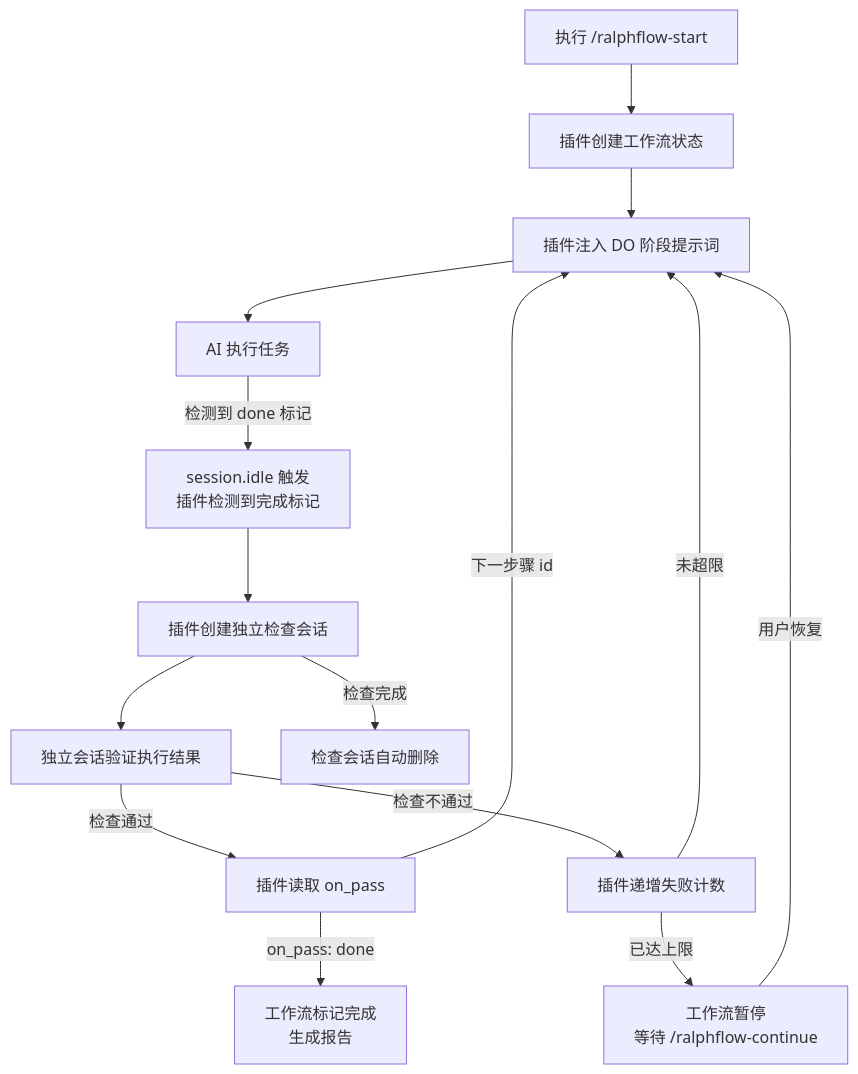
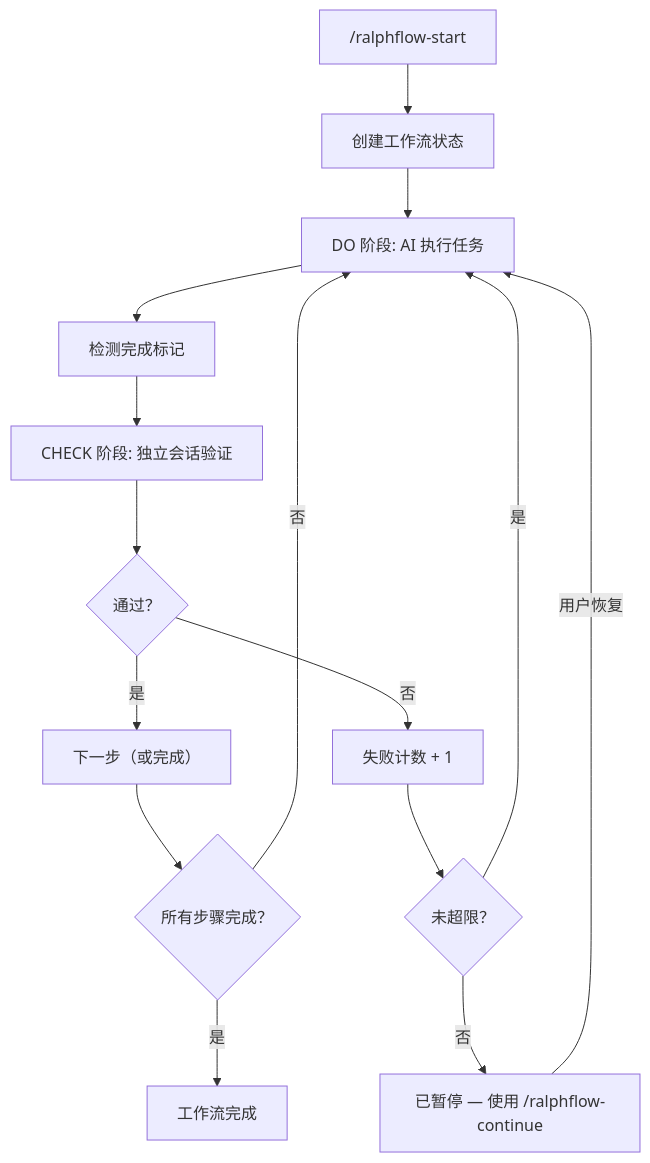
The second of 2 diagrams in README_CN.md (534529531/ralph-flow), drawn with Mermaid before and after one commit. The commit also changed other lines of this file and 8 other files, not shown here.

````diff
--- a/README_CN.md
+++ b/README_CN.md
@@ -243,17 +110,17 @@
 ```mermaid
 flowchart TD
-    Start["执行 /ralphflow-start"] --> State["插件创建工作流状态"]
-    State --> DoPrompt["插件注入 DO 阶段提示词"]
-    DoPrompt --> AI["AI 执行任务"]
-    AI -->|"检测到 done 标记"| DoneTag["session.idle 触发<br/>插件检测到完成标记"]
-    DoneTag --> CheckPrompt["插件创建独立检查会话"]
-    CheckPrompt --> AICheck["独立会话验证执行结果"]
-    AICheck -->|"检查通过"| Pass["插件读取 on_pass"]
-    AICheck -->|"检查不通过"| Fail["插件递增失败计数"]
-    Pass -->|"on_pass: done"| Complete["工作流标记完成<br/>生成报告"]
-    Pass -->|"下一步骤 id"| DoPrompt
-    Fail -->|"未超限"| DoPrompt
-    Fail -->|"已达上限"| Pause["工作流暂停<br/>等待 /ralphflow-continue"]
-    Pause -->|用户恢复| DoPrompt
-    CheckPrompt -->|"检查完成"| Cleanup["检查会话自动删除"]
+    Start["/ralphflow-start"] --> State["创建工作流状态"]
+    State --> DO["DO 阶段: AI 执行任务"]
+    DO --> DoneTag["检测完成标记"]
+    DoneTag --> CHECK["CHECK 阶段: 独立会话验证"]
+    CHECK --> Pass{"通过？"}
+    Pass -->|是| Next["下一步（或完成）"]
+    Pass -->|否| Fail["失败计数 + 1"]
+    Fail --> BelowLimit{"未超限？"}
+    BelowLimit -->|是| DO
+    BelowLimit -->|否| Pause["已暂停 — 使用 /ralphflow-continue"]
+    Next --> Done{"所有步骤完成？"}
+    Done -->|否| DO
+    Done -->|是| Complete["工作流完成"]
+    Pause -->|用户恢复| DO
 ```
````
